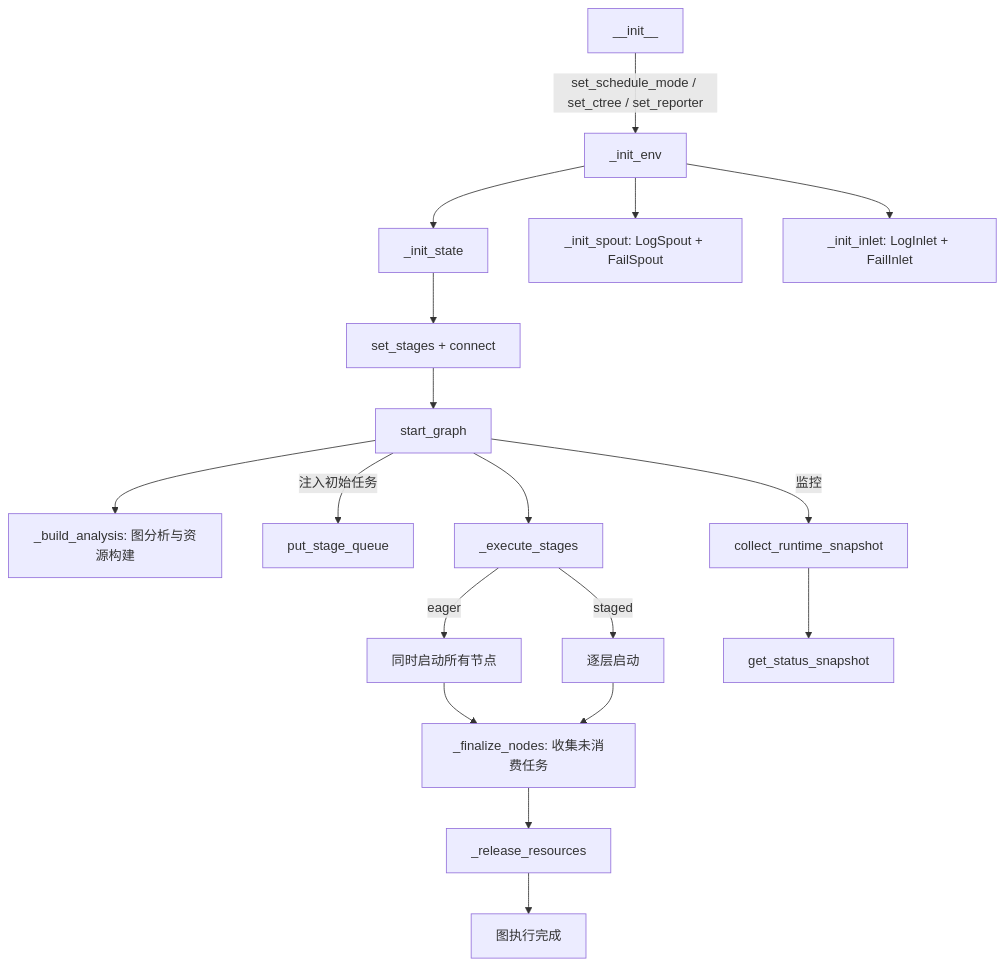
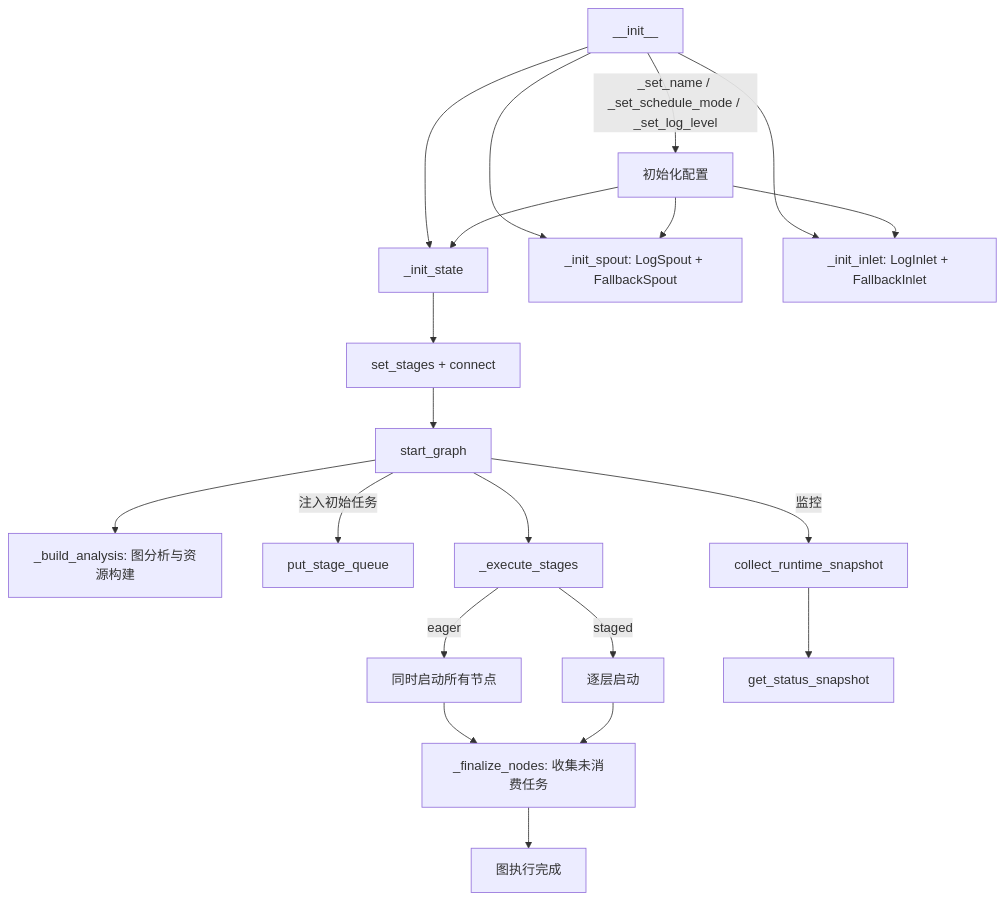
One commit to Mr-xiaotian/CelestialFlow changed the diagram in docs/zh-CN/src/graph/core_graph.md. Above: the diagram before and after it, drawn with Mermaid. The commit also changed other lines of this file and 67 other files, not shown here.

````diff
--- a/docs/zh-CN/src/graph/core_graph.md
+++ b/docs/zh-CN/src/graph/core_graph.md
@@ -217,21 +217,23 @@
 ```mermaid
 flowchart TD
-    INIT[__init__] -->|set_schedule_mode / set_ctree / set_reporter| ENV[_init_env]
-    ENV --> STATE[_init_state]
-    ENV --> SPOUT[_init_spout: LogSpout + FailSpout]
-    ENV --> INLET[_init_inlet: LogInlet + FailInlet]
+    INIT[__init__] -->|_set_name / _set_schedule_mode / _set_log_level| SET[初始化配置]
+    INIT --> STATE[_init_state]
+    INIT --> SPOUT[_init_spout: LogSpout + FallbackSpout]
+    INIT --> INLET[_init_inlet: LogInlet + FallbackInlet]
+    SET --> STATE
+    SET --> SPOUT
+    SET --> INLET
     STATE --> BUILD[set_stages + connect]
     BUILD --> START[start_graph]
     START --> ANALYSIS[_build_analysis: 图分析与资源构建]
     START -->|注入初始任务| PUT[put_stage_queue]
     START --> EXEC[_execute_stages]
     EXEC -->|eager| ALL[同时启动所有节点]
     EXEC -->|staged| LAYER[逐层启动]
     ALL --> FINALIZE[_finalize_nodes: 收集未消费任务]
     LAYER --> FINALIZE
-    FINALIZE --> RELEASE[_release_resources]
-    RELEASE --> END[图执行完成]
+    FINALIZE --> END[图执行完成]
     
     START -->|监控| SNAPSHOT[collect_runtime_snapshot]
     SNAPSHOT --> STATUS[get_status_snapshot]
 ```
````
